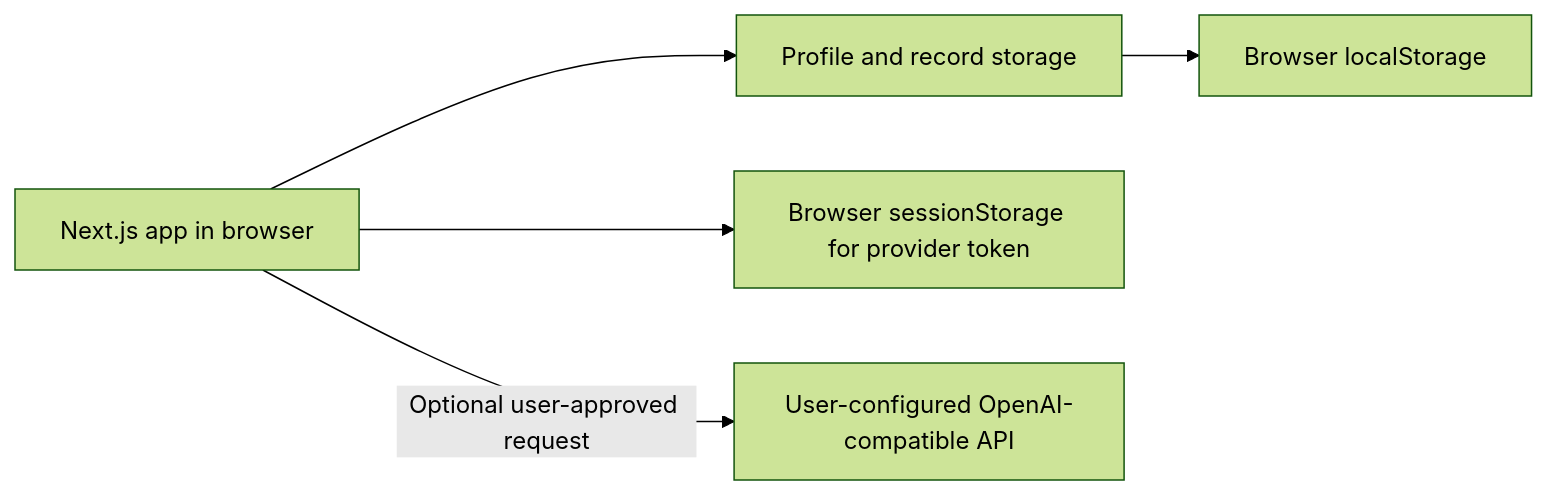
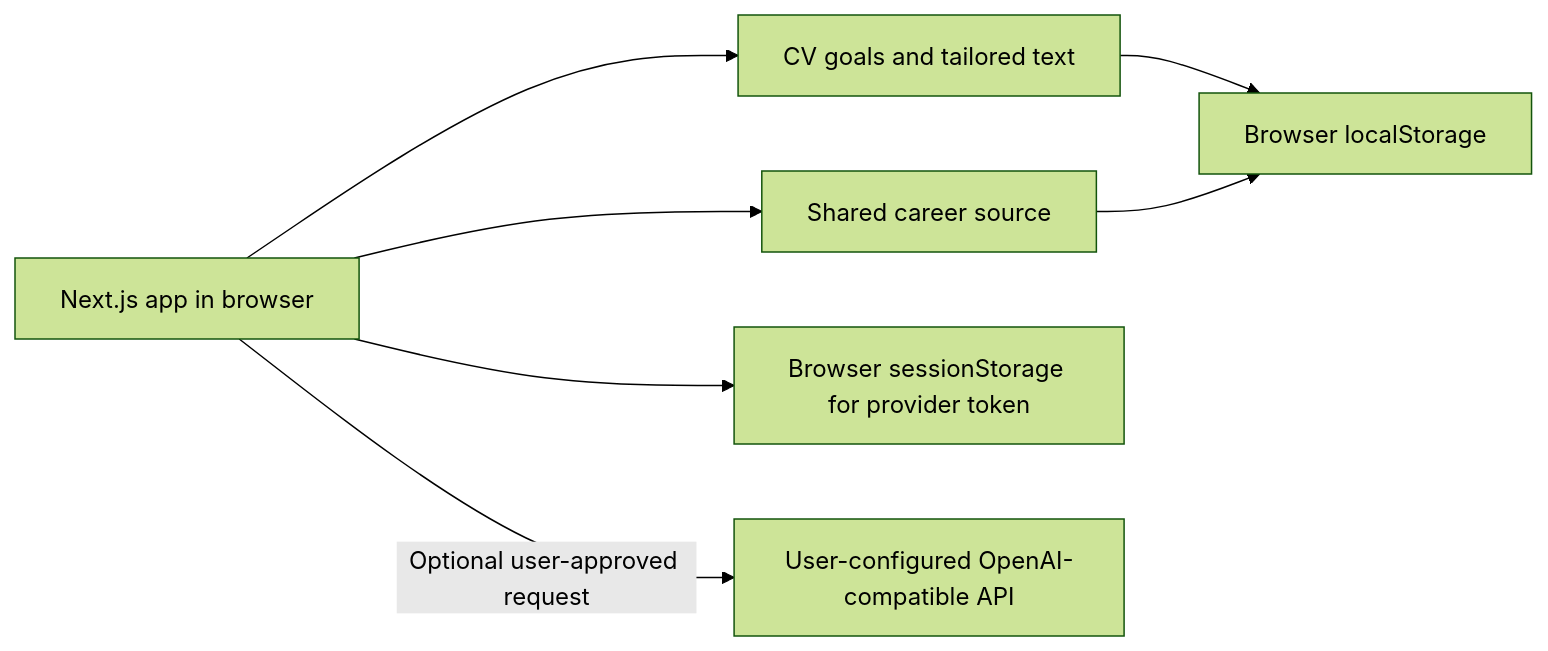
One commit to p-donoso/ia-curriculum changed the diagram in README.md. Above: the diagram before and after it, drawn with Mermaid (forest theme). The commit also changed other lines of this file and 21 other files, not shown here.

Commit message:
Share career source across tailored CVs

````diff
--- a/README.md
+++ b/README.md
@@ -73,7 +74,9 @@
 ```mermaid
 flowchart LR
-  Browser[Next.js app in browser] --> Profile[Profile and record storage]
-  Profile --> LocalStorage[Browser localStorage]
+  Browser[Next.js app in browser] --> CV[CV goals and tailored text]
+  Browser --> Source[Shared career source]
+  CV --> LocalStorage[Browser localStorage]
+  Source --> LocalStorage
   Browser --> SessionStorage[Browser sessionStorage for provider token]
   Browser -->|Optional user-approved request| Provider[User-configured OpenAI-compatible API]
 ```
````
